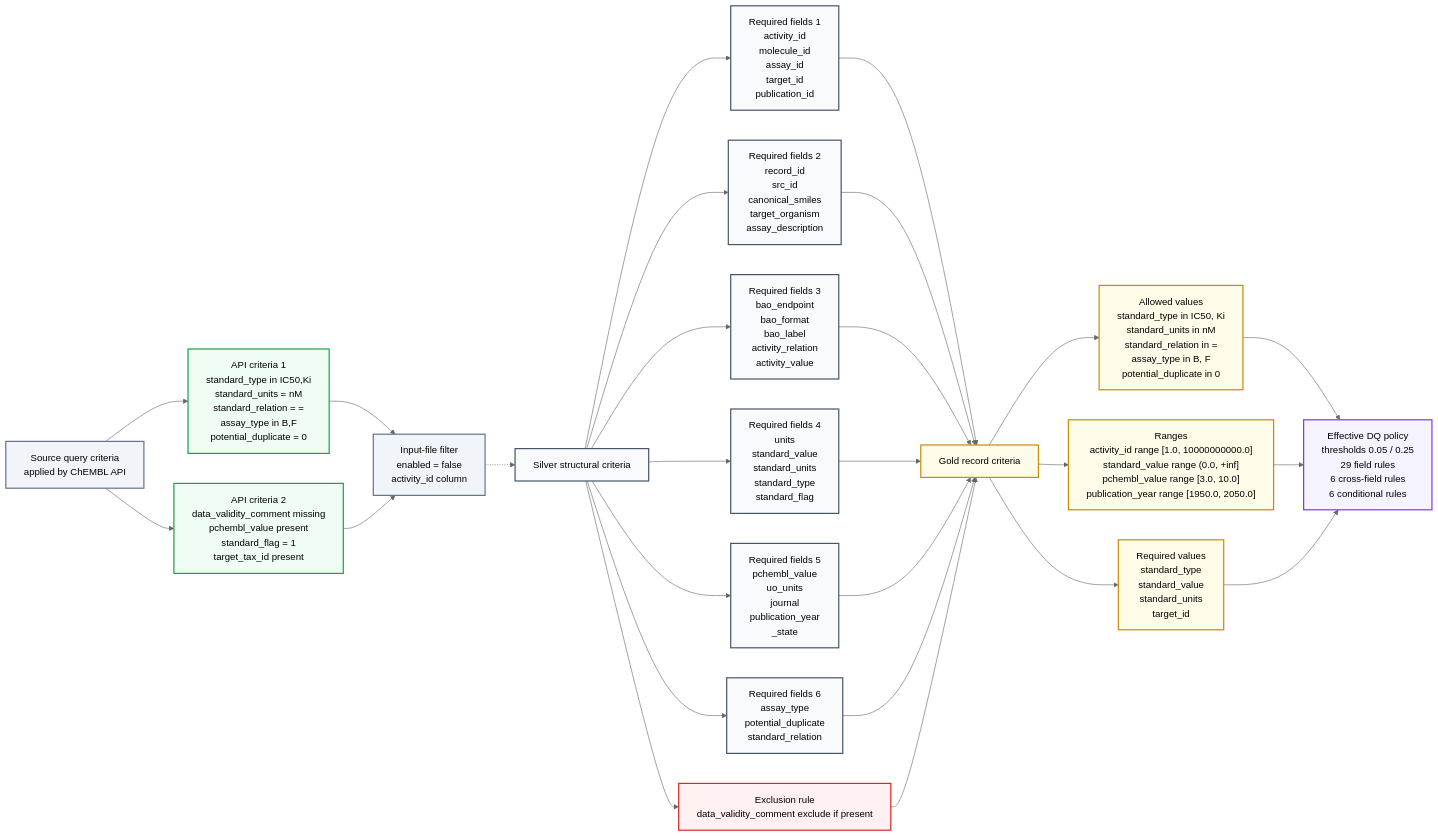
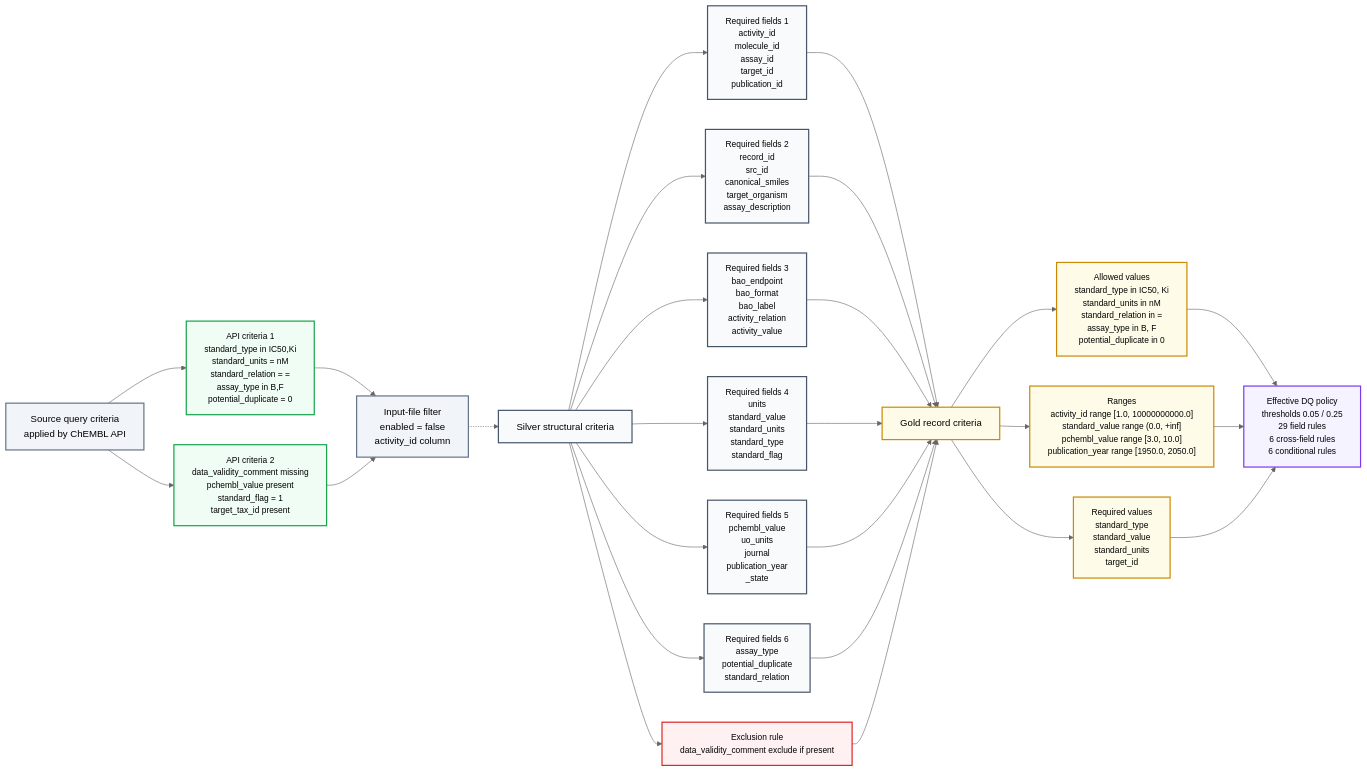
Before and after one commit to SatoryKono/BioactivityDataAcquisition: the diagram in docs/02-architecture/diagrams/architecture/50-chembl_activity-filter-criteria.mmd, drawn with Mermaid. The commit also changed 4 other files, not shown here.

Commit message:
fix(diagrams): preserve generated criteria labels

```diff
--- a/docs/02-architecture/diagrams/architecture/50-chembl_activity-filter-criteria.mmd
+++ b/docs/02-architecture/diagrams/architecture/50-chembl_activity-filter-criteria.mmd
@@ -1,56 +1,58 @@
 %% BioETL — ChEMBL Activity Query And Filtering Criteria
 %% Generated from the resolved chembl_activity configuration and contracts.
 
 %% @version 1.0.0
 %% @date    2026-07-18
 %% @type    flowchart
 %% @level   Pipeline / Rules
 %% @nodes   17
 %% @adr     ADR-002, ADR-040
 %%{init: {'theme': 'neutral', 'themeVariables': {'fontFamily': 'Inter, system-ui', 'lineWidth': '2'}, 'flowchart': {'wrappingWidth': 360}}}%%
 flowchart LR
     Source["Source query criteria<br/>applied by ChEMBL API"]
     Extract1["API criteria 1<br/>standard_type in IC50,Ki<br/>standard_units = nM<br/>standard_relation = =<br/>assay_type in B,F<br/>potential_duplicate = 0"]
     Extract2["API criteria 2<br/>data_validity_comment missing<br/>pchembl_value present<br/>standard_flag = 1<br/>target_tax_id present"]
     Input["Input-file filter<br/>enabled = false<br/>activity_id column"]
     SilverStage["Silver structural criteria"]
     Silver1["Required fields 1<br/>activity_id<br/>molecule_id<br/>assay_id<br/>target_id<br/>publication_id"]
     Silver2["Required fields 2<br/>record_id<br/>src_id<br/>canonical_smiles<br/>target_organism<br/>assay_description"]
     Silver3["Required fields 3<br/>bao_endpoint<br/>bao_format<br/>bao_label<br/>activity_relation<br/>activity_value"]
     Silver4["Required fields 4<br/>units<br/>standard_value<br/>standard_units<br/>standard_type<br/>standard_flag"]
     Silver5["Required fields 5<br/>pchembl_value<br/>uo_units<br/>journal<br/>publication_year<br/>_state"]
     Silver6["Required fields 6<br/>assay_type<br/>potential_duplicate<br/>standard_relation"]
     SilverExclude["Exclusion rule<br/>data_validity_comment exclude if present"]
     GoldStage["Gold record criteria"]
     GoldColumns["Allowed values<br/>standard_type in IC50, Ki<br/>standard_units in nM<br/>standard_relation in =<br/>assay_type in B, F<br/>potential_duplicate in 0"]
     GoldRanges["Ranges<br/>activity_id range [1.0, 10000000000.0]<br/>standard_value range (0.0, +inf]<br/>pchembl_value range [3.0, 10.0]<br/>publication_year range [1950.0, 2050.0]"]
     GoldRequired["Required values<br/>standard_type<br/>standard_value<br/>standard_units<br/>target_id"]
     DQ["Effective DQ policy<br/>thresholds 0.05 / 0.25<br/>29 field rules<br/>6 cross-field rules<br/>6 conditional rules"]
 
     Source --> Extract1 --> Input
     Source --> Extract2 --> Input
     Input -.-> SilverStage
     SilverStage --> Silver1 --> GoldStage
     SilverStage --> Silver2 --> GoldStage
     SilverStage --> Silver3 --> GoldStage
     SilverStage --> Silver4 --> GoldStage
     SilverStage --> Silver5 --> GoldStage
     SilverStage --> Silver6 --> GoldStage
     SilverStage --> SilverExclude --> GoldStage
     GoldStage --> GoldColumns --> DQ
     GoldStage --> GoldRanges --> DQ
     GoldStage --> GoldRequired --> DQ
 
     class Source,Input source
     class Extract1,Extract2 process
     class SilverStage,Silver1,Silver2,Silver3,Silver4,Silver5,Silver6 silver
     class SilverExclude warning
     class GoldStage,GoldColumns,GoldRanges,GoldRequired gold
     class DQ dq
+    class Extract1,Extract2,Silver1,Silver2,Silver3,Silver4,Silver5,Silver6,SilverExclude,GoldColumns,GoldRanges,GoldRequired,DQ criteriaCard
+    classDef criteriaCard font-size:14px
     classDef source fill:#f1f5f9,stroke:#64748b,stroke-width:2px
     classDef process fill:#f0fdf4,stroke:#16a34a,stroke-width:2px
     classDef bronze fill:#fff7ed,stroke:#f59e0b,stroke-width:2px
     classDef silver fill:#f8fafc,stroke:#475569,stroke-width:2px
     classDef gold fill:#fefce8,stroke:#ca8a04,stroke-width:2px
     classDef dq fill:#f5f3ff,stroke:#7c3aed,stroke-width:2px
     classDef warning fill:#fff1f2,stroke:#dc2626,stroke-width:2px
```
